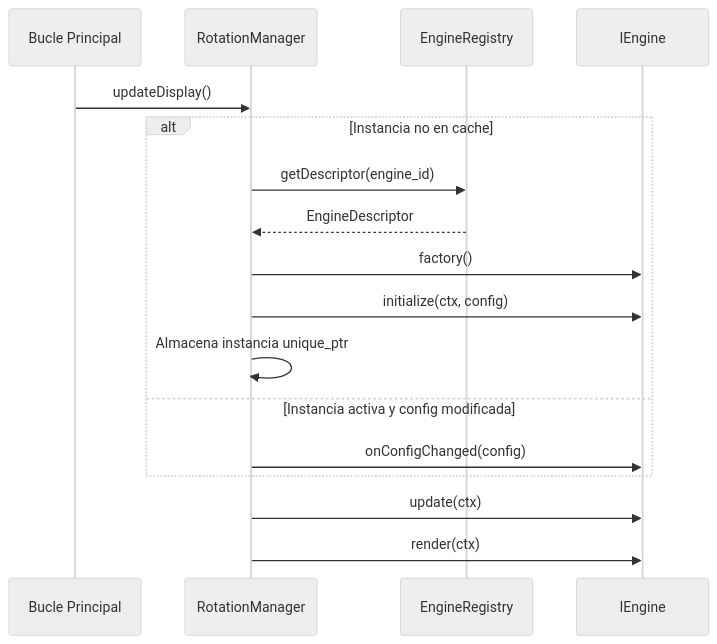
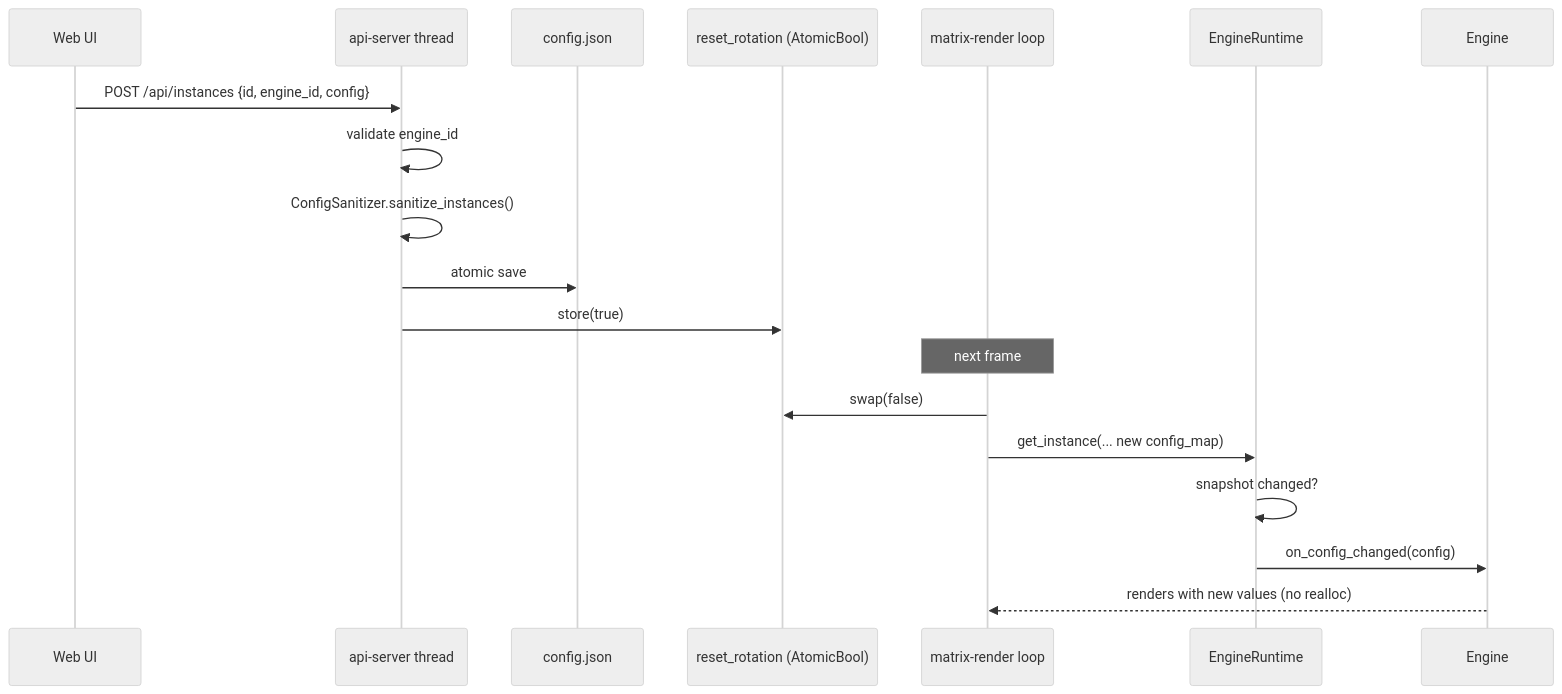
The eighth of 15 diagrams in docs/ARCHITECTURE_ES.md (red77290/ArcadeMatrix), drawn with Mermaid (neutral theme) before and after one commit. The commit also changed other lines of this file and 16 other files, not shown here.

````diff
--- a/docs/ARCHITECTURE_ES.md
+++ b/docs/ARCHITECTURE_ES.md
@@ -240,20 +408,22 @@
 ```mermaid
 sequenceDiagram
-    participant MainLoop as Bucle Principal
-    participant RM as RotationManager
-    participant Reg as EngineRegistry
-    participant Eng as IEngine
+    participant UI as Web UI
+    participant API as api-server thread
+    participant Disk as config.json
+    participant Flag as reset_rotation (AtomicBool)
+    participant RLoop as matrix-render loop
+    participant RT as EngineRuntime
+    participant Eng as Engine
 
-    MainLoop->>RM: updateDisplay()
-    alt Instancia no en cache
-        RM->>Reg: getDescriptor(engine_id)
-        Reg-->>RM: EngineDescriptor
-        RM->>Eng: factory()
-        RM->>Eng: initialize(ctx, config)
-        RM->>RM: Almacena instancia unique_ptr
-    else Instancia activa y config modificada
-        RM->>Eng: onConfigChanged(config)
-    end
-    RM->>Eng: update(ctx)
-    RM->>Eng: render(ctx)
+    UI->>API: POST /api/instances {id, engine_id, config}
+    API->>API: validate engine_id
+    API->>API: ConfigSanitizer.sanitize_instances()
+    API->>Disk: atomic save
+    API->>Flag: store(true)
+    Note over RLoop: next frame
+    RLoop->>Flag: swap(false)
+    RLoop->>RT: get_instance(... new config_map)
+    RT->>RT: snapshot changed?
+    RT->>Eng: on_config_changed(config)
+    Eng-->>RLoop: renders with new values (no realloc)
 ```
````
